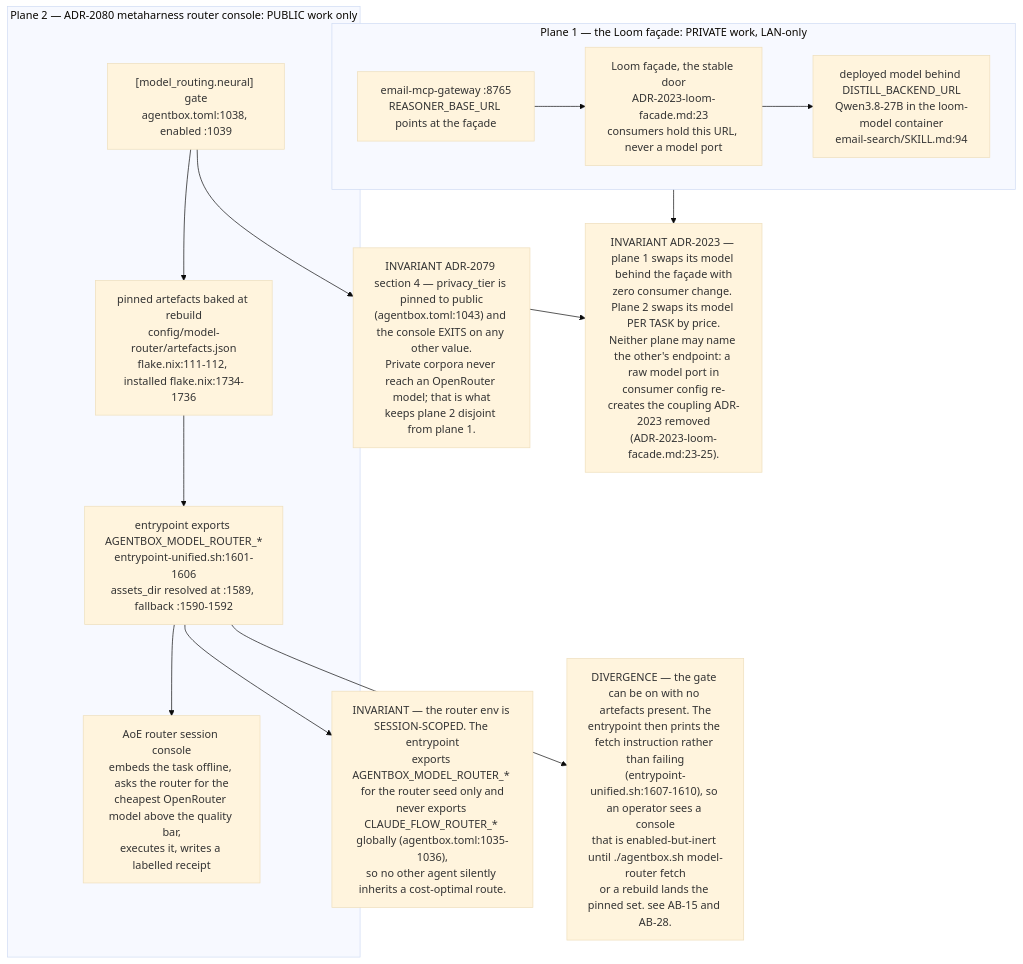
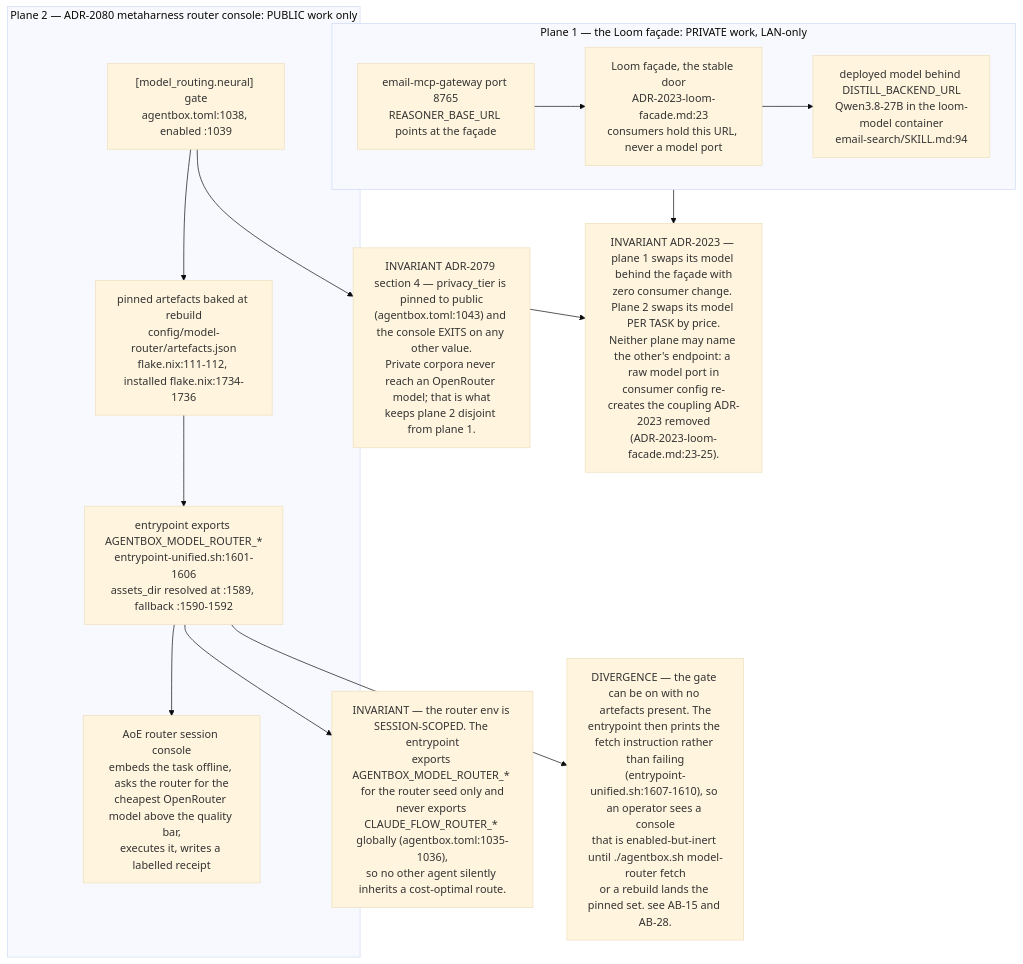
The tenth of 10 diagrams in docs/diagrams/estate/06-loom-and-email-privacy-path.md (DreamLab-AI/VisionFlow), drawn with Mermaid (base theme) before and after one commit. The commit also changed other lines of this file and 7 other files, not shown here.

Commit message:
docs(diagrams): bind closeout security and retrieval flows to source

````diff
--- a/docs/diagrams/estate/06-loom-and-email-privacy-path.md
+++ b/docs/diagrams/estate/06-loom-and-email-privacy-path.md
@@ -326,29 +328,29 @@
 ```mermaid
 flowchart TB
     subgraph PRIV["Plane 1 — the Loom façade: PRIVATE work, LAN-only"]
         FAC["Loom façade, the stable door<br/>ADR-2023-loom-facade.md:23<br/>consumers hold this URL, never a model port"]
         MDL["deployed model behind DISTILL_BACKEND_URL<br/>Qwen3.8-27B in the loom-model container<br/>email-search/SKILL.md:94"]
-        MAIL["email-mcp-gateway :8765<br/>REASONER_BASE_URL points at the façade"]
+        MAIL["email-mcp-gateway port 8765<br/>REASONER_BASE_URL points at the façade"]
         FAC --> MDL
         MAIL --> FAC
     end
 
     subgraph PUB["Plane 2 — ADR-2080 metaharness router console: PUBLIC work only"]
         GATE["[model_routing.neural] gate<br/>agentbox.toml:1038, enabled :1039"]
         ART["pinned artefacts baked at rebuild<br/>config/model-router/artefacts.json<br/>flake.nix:111-112, installed flake.nix:1734-1736"]
         ENV["entrypoint exports AGENTBOX_MODEL_ROUTER_*<br/>entrypoint-unified.sh:1601-1606<br/>assets_dir resolved at :1589, fallback :1590-1592"]
         CON["AoE router session console<br/>embeds the task offline, asks the router for the<br/>cheapest OpenRouter model above the quality bar,<br/>executes it, writes a labelled receipt"]
         GATE --> ART --> ENV --> CON
     end
 
     INV1["INVARIANT ADR-2079 section 4 — privacy_tier is pinned to public<br/>(agentbox.toml:1043) and the console EXITS on any other value.<br/>Private corpora never reach an OpenRouter model; that is what<br/>keeps plane 2 disjoint from plane 1."]
     INV2["INVARIANT — the router env is SESSION-SCOPED. The entrypoint<br/>exports AGENTBOX_MODEL_ROUTER_* for the router seed only and<br/>never exports CLAUDE_FLOW_ROUTER_* globally (agentbox.toml:1035-1036),<br/>so no other agent silently inherits a cost-optimal route."]
     INV3["INVARIANT ADR-2023 — plane 1 swaps its model behind the façade with<br/>zero consumer change. Plane 2 swaps its model PER TASK by price.<br/>Neither plane may name the other's endpoint: a raw model port in<br/>consumer config re-creates the coupling ADR-2023 removed<br/>(ADR-2023-loom-facade.md:23-25)."]
     DEG["DIVERGENCE — the gate can be on with no artefacts present. The<br/>entrypoint then prints the fetch instruction rather than failing<br/>(entrypoint-unified.sh:1607-1610), so an operator sees a console<br/>that is enabled-but-inert until ./agentbox.sh model-router fetch<br/>or a rebuild lands the pinned set. see AB-15 and AB-28."]
 
     PRIV --> INV3
     PUB --> INV3
     GATE --> INV1
     ENV --> INV2
     ENV --> DEG
 ```
````
